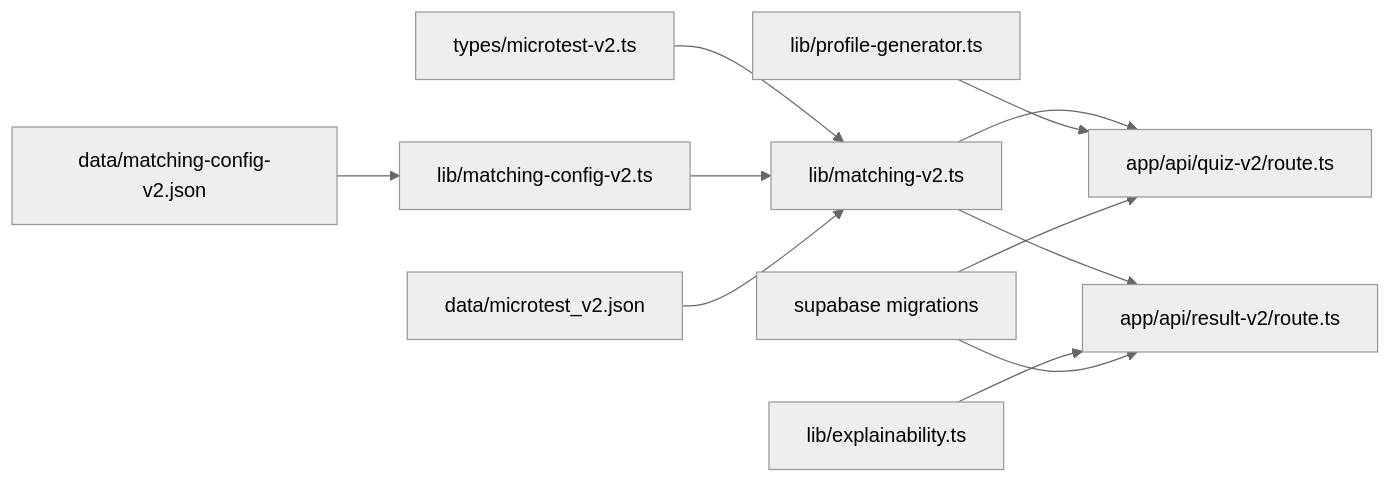
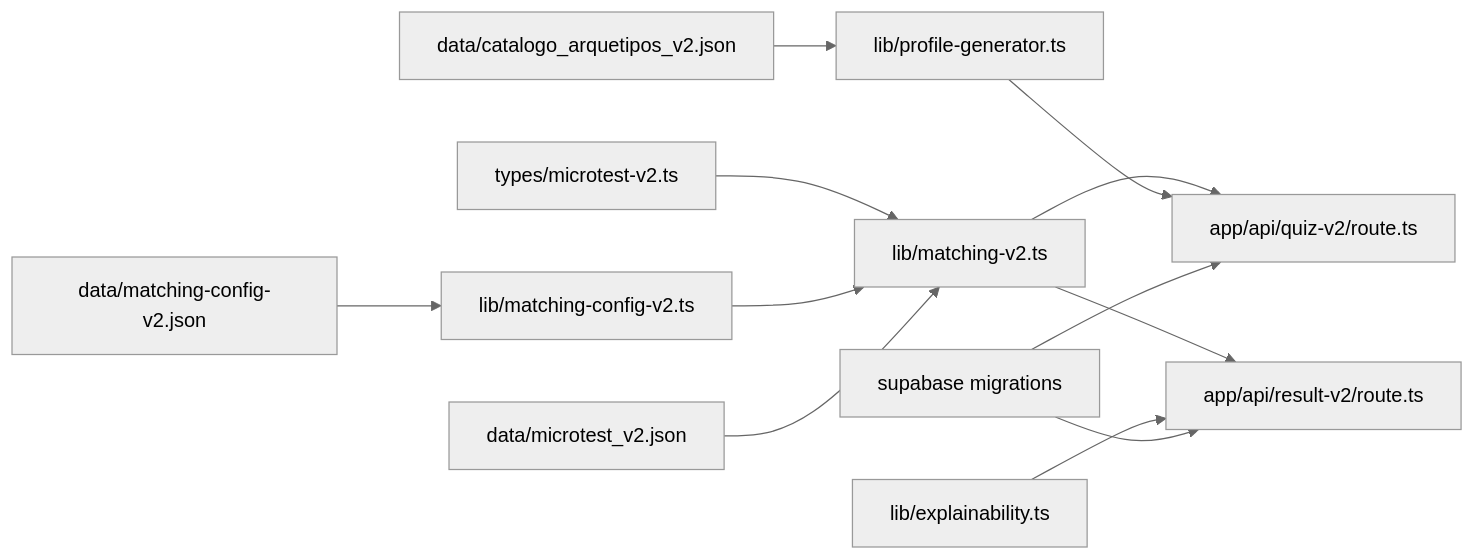
One commit to AmeliaDi/ProyectoENESZooMatch changed the ninth of 9 diagrams in .qoder/repowiki/en/content/Architecture Overview/ZooMatch v2 Matching Engine.md. Above: the diagram before and after it, drawn with Mermaid (neutral theme). The commit also changed other lines of this file and 43 other files, not shown here.

````diff
--- a/.qoder/repowiki/en/content/Architecture Overview/ZooMatch v2 Matching Engine.md
+++ b/.qoder/repowiki/en/content/Architecture Overview/ZooMatch v2 Matching Engine.md
@@ -426,13 +436,14 @@
 ```mermaid
 graph LR
 Types["types/microtest-v2.ts"] --> Matching["lib/matching-v2.ts"]
 ConfigJSON["data/matching-config-v2.json"] --> MatchingConfig["lib/matching-config-v2.ts"]
 MatchingConfig --> Matching
 MicrotestJSON["data/microtest_v2.json"] --> Matching
+CatalogJSON["data/catalogo_arquetipos_v2.json"] --> ProfileGen["lib/profile-generator.ts"]
 Matching --> QuizRoute["app/api/quiz-v2/route.ts"]
 Matching --> ResultRoute["app/api/result-v2/route.ts"]
 Explainability["lib/explainability.ts"] --> ResultRoute
-ProfileGen["lib/profile-generator.ts"] --> QuizRoute
+ProfileGen --> QuizRoute
 Migration["supabase migrations"] --> QuizRoute
 Migration --> ResultRoute
 ```
````
